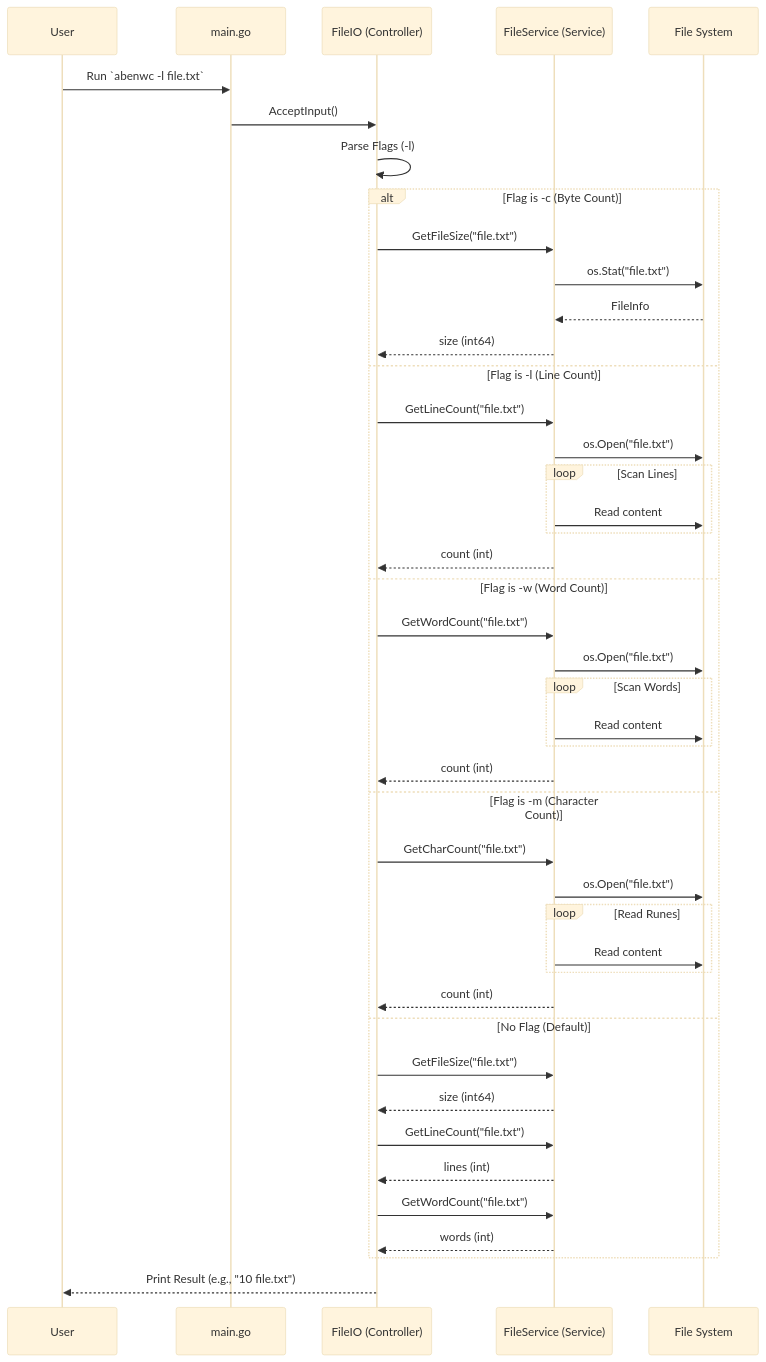
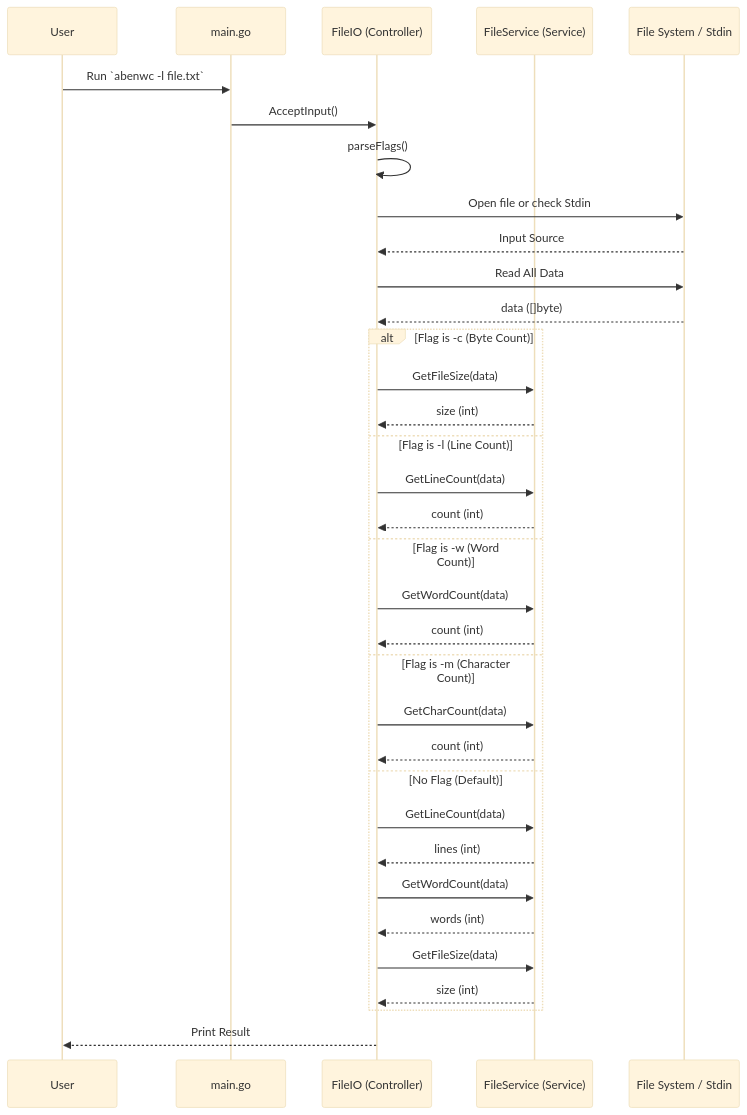
One commit to abeni-al7/aben-wc changed the second of 2 diagrams in docs/architecture.md. Above: the diagram before and after it, drawn with Mermaid (base theme). The commit also changed other lines of this file and 1 other file, not shown here.

Commit message:
[docs] Update the architecture and readme docs

````diff
--- a/docs/architecture.md
+++ b/docs/architecture.md
@@ -63,49 +55,39 @@
 ```mermaid
 sequenceDiagram
     participant User
     participant Main as main.go
     participant Controller as FileIO (Controller)
     participant Service as FileService (Service)
-    participant FS as File System
+    participant Source as File System / Stdin
 
     User->>Main: Run `abenwc -l file.txt`
     Main->>Controller: AcceptInput()
-    Controller->>Controller: Parse Flags (-l)
+    Controller->>Controller: parseFlags()
+    Controller->>Source: Open file or check Stdin
+    Source-->>Controller: Input Source
+    Controller->>Source: Read All Data
+    Source-->>Controller: data ([]byte)
     
     alt Flag is -c (Byte Count)
-        Controller->>Service: GetFileSize("file.txt")
-        Service->>FS: os.Stat("file.txt")
-        FS-->>Service: FileInfo
-        Service-->>Controller: size (int64)
+        Controller->>Service: GetFileSize(data)
+        Service-->>Controller: size (int)
     else Flag is -l (Line Count)
-        Controller->>Service: GetLineCount("file.txt")
-        Service->>FS: os.Open("file.txt")
-        loop Scan Lines
-            Service->>FS: Read content
-        end
+        Controller->>Service: GetLineCount(data)
         Service-->>Controller: count (int)
     else Flag is -w (Word Count)
-        Controller->>Service: GetWordCount("file.txt")
-        Service->>FS: os.Open("file.txt")
-        loop Scan Words
-            Service->>FS: Read content
-        end
+        Controller->>Service: GetWordCount(data)
         Service-->>Controller: count (int)
     else Flag is -m (Character Count)
-        Controller->>Service: GetCharCount("file.txt")
-        Service->>FS: os.Open("file.txt")
-        loop Read Runes
-            Service->>FS: Read content
-        end
+        Controller->>Service: GetCharCount(data)
         Service-->>Controller: count (int)
     else No Flag (Default)
-        Controller->>Service: GetFileSize("file.txt")
-        Service-->>Controller: size (int64)
-        Controller->>Service: GetLineCount("file.txt")
+        Controller->>Service: GetLineCount(data)
         Service-->>Controller: lines (int)
-        Controller->>Service: GetWordCount("file.txt")
+        Controller->>Service: GetWordCount(data)
         Service-->>Controller: words (int)
+        Controller->>Service: GetFileSize(data)
+        Service-->>Controller: size (int)
     end
 
-    Controller-->>User: Print Result (e.g., "10 file.txt")
+    Controller-->>User: Print Result
 ```
````
